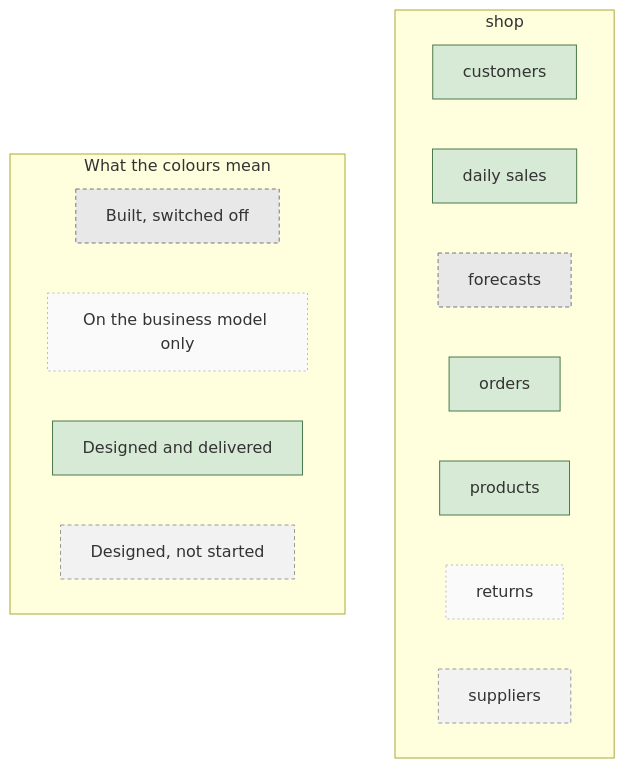
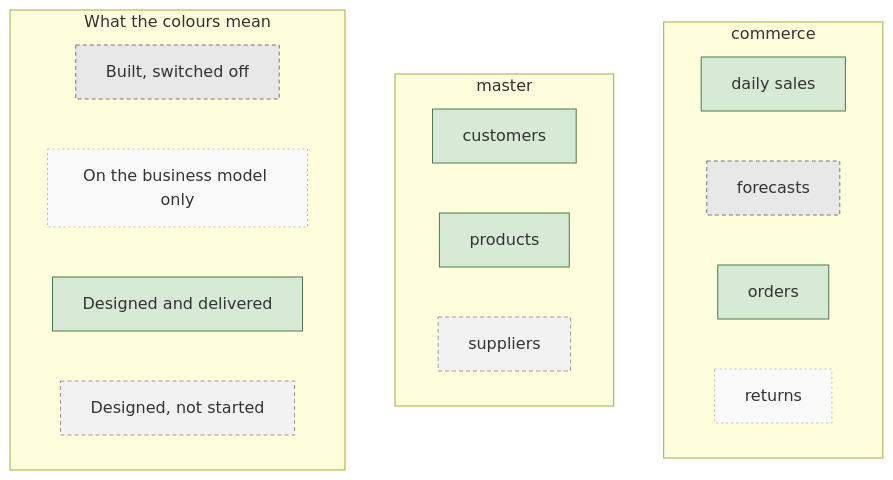
One commit to sav-sus/Hunter changed the diagram in docs/example/conceptual-model.md. Above: the diagram before and after it, drawn with Mermaid. The commit also changed other lines of this file and 130 other files, not shown here.

First line of the commit message:
Add the roadmap, verified status, layer discovery and Pages publishing

````diff
--- a/docs/example/conceptual-model.md
+++ b/docs/example/conceptual-model.md
@@ -7,30 +7,32 @@
 ```mermaid
 flowchart TB
-  subgraph shop["shop"]
-    shop_customer["customers"]
-    shop_daily_sale["daily sales"]
-    shop_forecast["forecasts"]
-    shop_order["orders"]
-    shop_product["products"]
-    shop_return["returns"]
-    shop_supplier["suppliers"]
+  subgraph commerce["commerce"]
+    commerce_daily_sale["daily sales"]
+    commerce_forecast["forecasts"]
+    commerce_order["orders"]
+    commerce_return["returns"]
   end
-  style shop_customer fill:#d6ead6,stroke:#4a7a4a
-  style shop_daily_sale fill:#d6ead6,stroke:#4a7a4a
-  style shop_forecast fill:#e8e8e8,stroke:#777,stroke-dasharray:4 3
-  style shop_order fill:#d6ead6,stroke:#4a7a4a
-  style shop_product fill:#d6ead6,stroke:#4a7a4a
-  style shop_return fill:#fafafa,stroke:#bbb,stroke-dasharray:2 3
-  style shop_supplier fill:#f2f2f2,stroke:#999,stroke-dasharray:4 3
+  subgraph master["master"]
+    master_customer["customers"]
+    master_product["products"]
+    master_supplier["suppliers"]
+  end
+  style commerce_daily_sale fill:#d6ead6,stroke:#4a7a4a
+  style commerce_forecast fill:#e8e8e8,stroke:#777,stroke-dasharray:4 3
+  style commerce_order fill:#d6ead6,stroke:#4a7a4a
+  style commerce_return fill:#fafafa,stroke:#bbb,stroke-dasharray:2 3
+  style master_customer fill:#d6ead6,stroke:#4a7a4a
+  style master_product fill:#d6ead6,stroke:#4a7a4a
+  style master_supplier fill:#f2f2f2,stroke:#999,stroke-dasharray:4 3
   subgraph legend["What the colours mean"]
     direction LR
     legend_built_disabled["Built, switched off"]
     legend_conceptual_only["On the business model only"]
     legend_designed_and_delivered["Designed and delivered"]
     legend_designed_not_started["Designed, not started"]
   end
   style legend_built_disabled fill:#e8e8e8,stroke:#777,stroke-dasharray:4 3
   style legend_conceptual_only fill:#fafafa,stroke:#bbb,stroke-dasharray:2 3
   style legend_designed_and_delivered fill:#d6ead6,stroke:#4a7a4a
   style legend_designed_not_started fill:#f2f2f2,stroke:#999,stroke-dasharray:4 3
 ```
````
